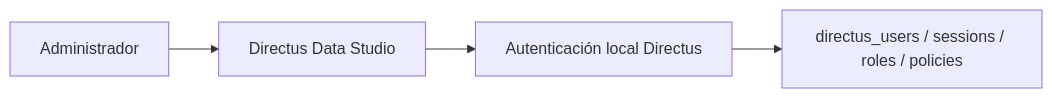
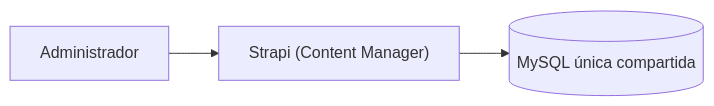
The third of 9 diagrams in docs/ARCHITECTURE.md (cromaticacreativa/project-cromaticacreativa-web), drawn with Mermaid before and after one commit. The commit also changed other lines of this file and 90 other files, not shown here.

````diff
--- a/docs/ARCHITECTURE.md
+++ b/docs/ARCHITECTURE.md
@@ -96,6 +104,5 @@
 ```mermaid
 flowchart LR
-    administrador["Administrador"] --> studio["Directus Data Studio"]
-    studio --> auth["Autenticación local Directus"]
-    auth --> internals["directus_users / sessions / roles / policies"]
+    administrador["Administrador"] --> strapi["Strapi (Content Manager)"]
+    strapi --> mysql[("MySQL única compartida")]
 ```
````
